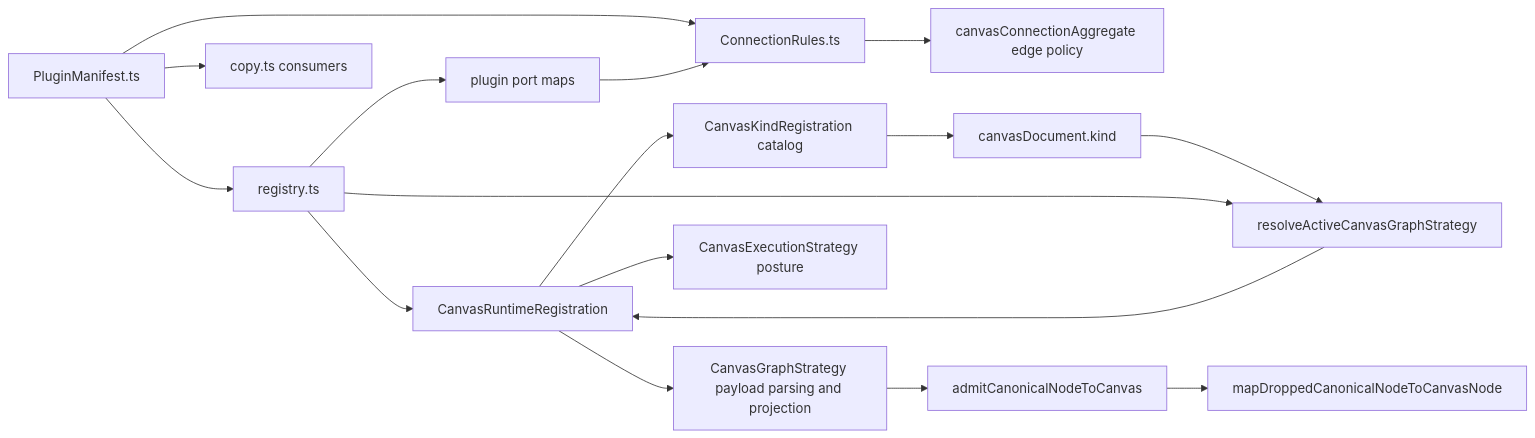
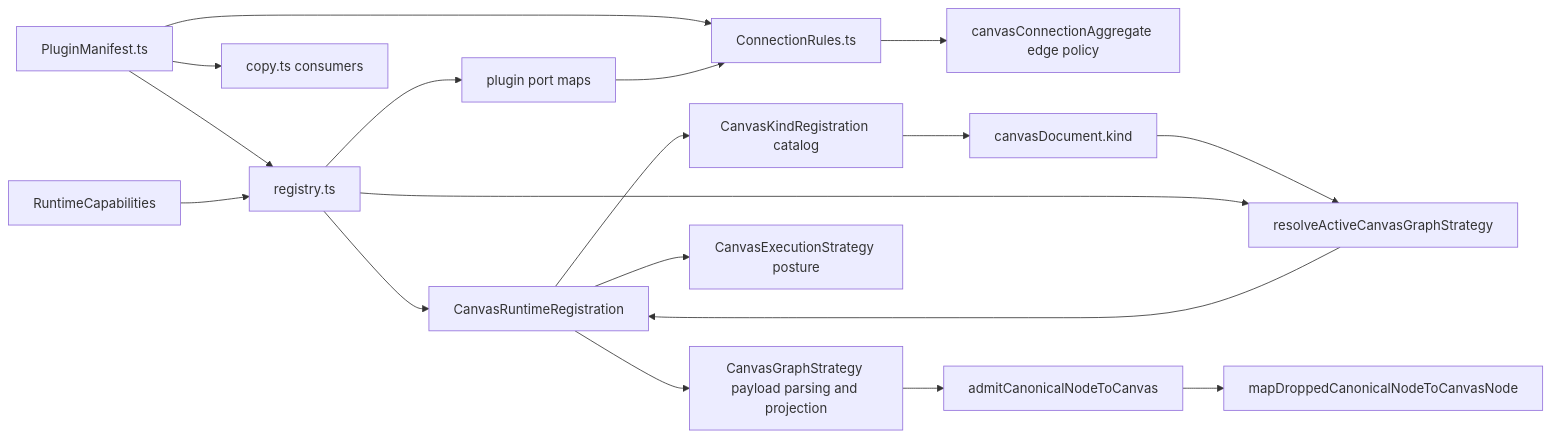
The third of 8 diagrams in docs/architecture/components/web/graph/graph-frontend-architecture.md (dunay2/dvt), drawn with Mermaid before and after one commit. The commit also changed other lines of this file and 18 other files, not shown here.

````diff
--- a/docs/architecture/components/web/graph/graph-frontend-architecture.md
+++ b/docs/architecture/components/web/graph/graph-frontend-architecture.md
@@ -202,19 +214,20 @@
 ```mermaid
 flowchart LR
   Manifest["PluginManifest.ts"] --> Registry["registry.ts"]
   Manifest --> Rules["ConnectionRules.ts"]
   Manifest --> Copy["copy.ts consumers"]
+  Capabilities["RuntimeCapabilities"] --> Registry
   Registry --> PortMap["plugin port maps"]
   PortMap --> Rules
   Rules --> CanvasPolicy["canvasConnectionAggregate edge policy"]
   Registry --> Runtime["CanvasRuntimeRegistration"]
   Runtime --> CanvasKinds["CanvasKindRegistration catalog"]
   Runtime --> Strategy["CanvasGraphStrategy payload parsing and projection"]
   Runtime --> Execution["CanvasExecutionStrategy posture"]
   CanvasKinds --> ActiveDocument["canvasDocument.kind"]
   ActiveDocument --> StrategyResolver["resolveActiveCanvasGraphStrategy"]
   Registry --> StrategyResolver
   StrategyResolver --> Runtime
   Strategy --> Admission["admitCanonicalNodeToCanvas"]
   Admission --> ViewportProjection["mapDroppedCanonicalNodeToCanvasNode"]
 ```
````
